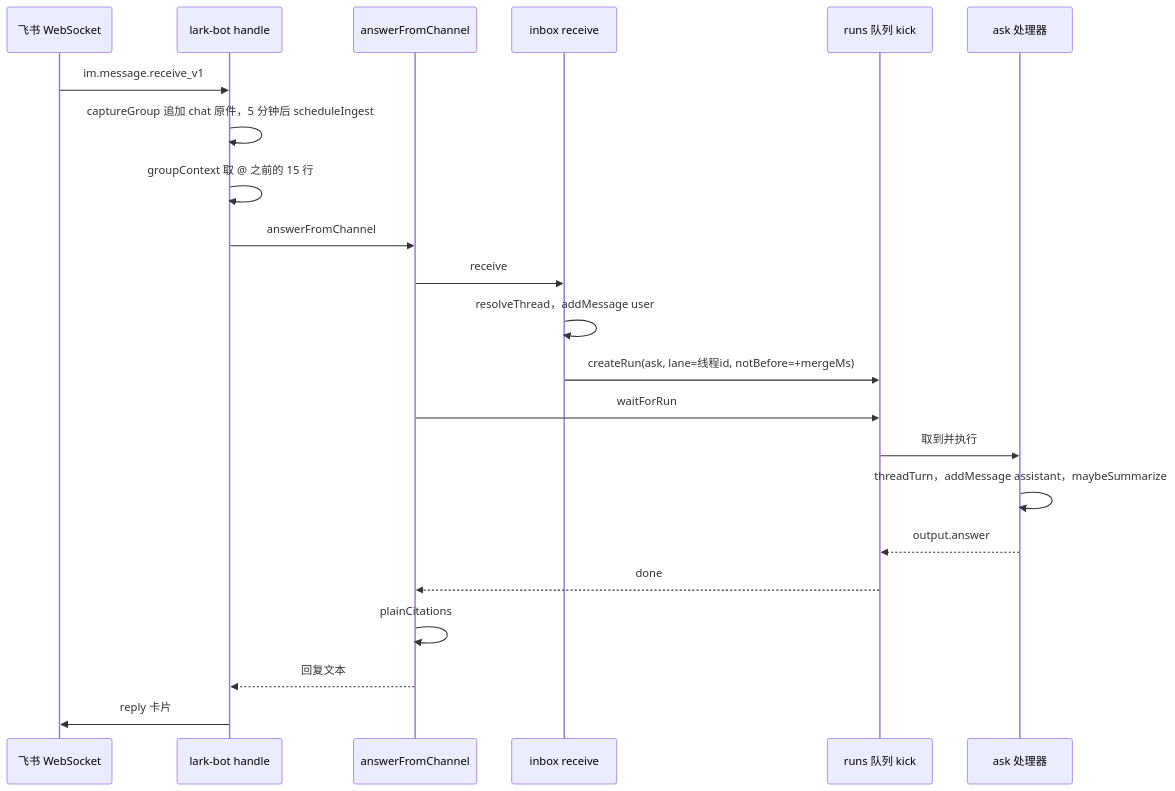
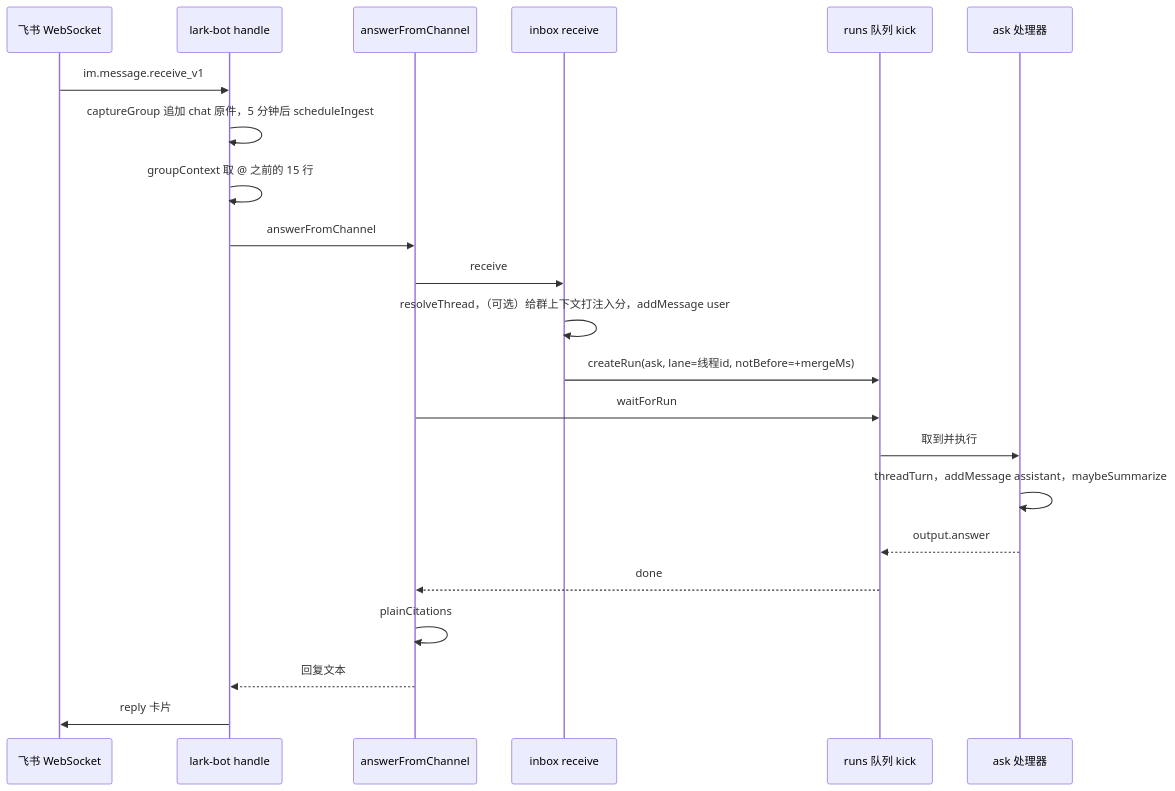
Before and after one commit to lejunyang/omem: the diagram in .repo-review/wiki/flows/message-to-reply.md, drawn with Mermaid. The commit also changed other lines of this file and 17 other files, not shown here.

````diff
--- a/.repo-review/wiki/flows/message-to-reply.md
+++ b/.repo-review/wiki/flows/message-to-reply.md
@@ -15,24 +15,24 @@
 ```mermaid
 sequenceDiagram
     participant L as 飞书 WebSocket
     participant B as lark-bot handle
     participant C as answerFromChannel
     participant I as inbox receive
     participant Q as runs 队列 kick
     participant H as ask 处理器
     L->>B: im.message.receive_v1
     B->>B: captureGroup 追加 chat 原件，5 分钟后 scheduleIngest
     B->>B: groupContext 取 @ 之前的 15 行
     B->>C: answerFromChannel
     C->>I: receive
-    I->>I: resolveThread，addMessage user
+    I->>I: resolveThread，（可选）给群上下文打注入分，addMessage user
     I->>Q: createRun(ask, lane=线程id, notBefore=+mergeMs)
     C->>Q: waitForRun
     Q->>H: 取到并执行
     H->>H: threadTurn，addMessage assistant，maybeSummarize
     H-->>Q: output.answer
     Q-->>C: done
     C->>C: plainCitations
     C-->>B: 回复文本
     B->>L: reply 卡片
 ```
````
